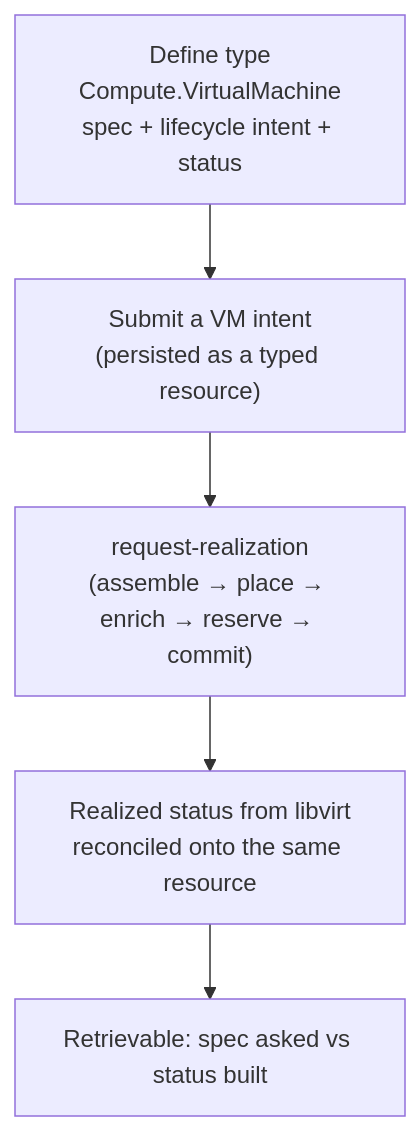
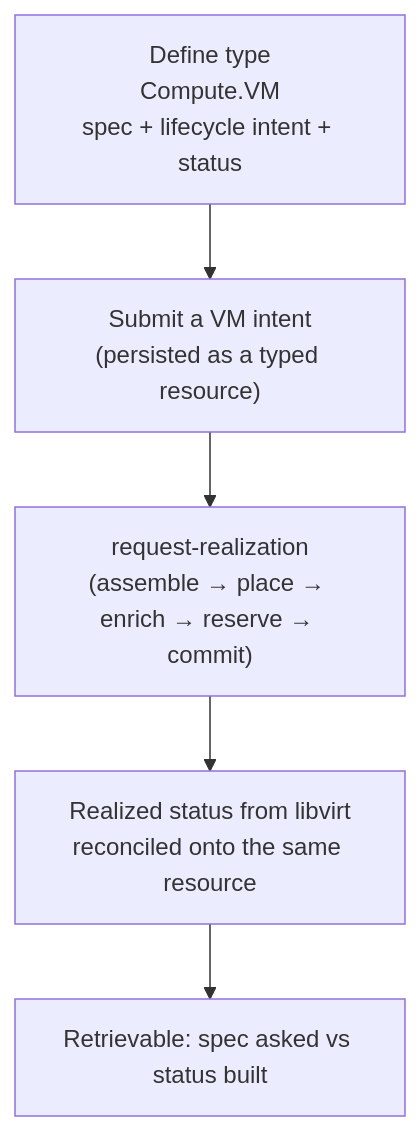
Before and after one commit to croadfeldt/udlm: the diagram in docs/flows/uc-01-vm-resource-representation.md, drawn with Mermaid. The commit also changed other lines of this file and 48 other files, not shown here.

````diff
--- a/docs/flows/uc-01-vm-resource-representation.md
+++ b/docs/flows/uc-01-vm-resource-representation.md
@@ -17,7 +17,7 @@
 ```mermaid
 flowchart TD
-  D["Define type<br/>Compute.VirtualMachine<br/>spec + lifecycle intent + status"] --> S["Submit a VM intent<br/>(persisted as a typed resource)"]
+  D["Define type<br/>Compute.VM<br/>spec + lifecycle intent + status"] --> S["Submit a VM intent<br/>(persisted as a typed resource)"]
   S --> RR["request-realization<br/>(assemble → place → enrich → reserve → commit)"]
   RR --> ST["Realized status from libvirt<br/>reconciled onto the same resource"]
   ST --> Q["Retrievable: spec asked vs status built"]
 ```
````
